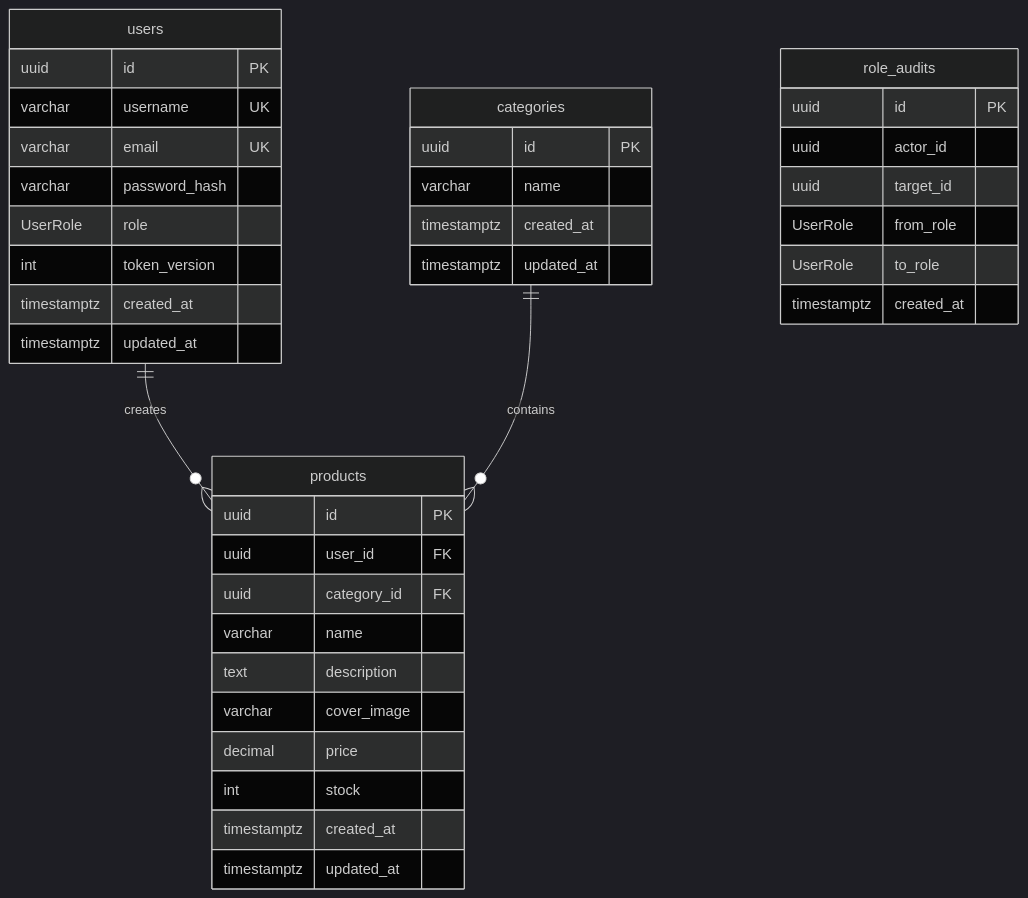
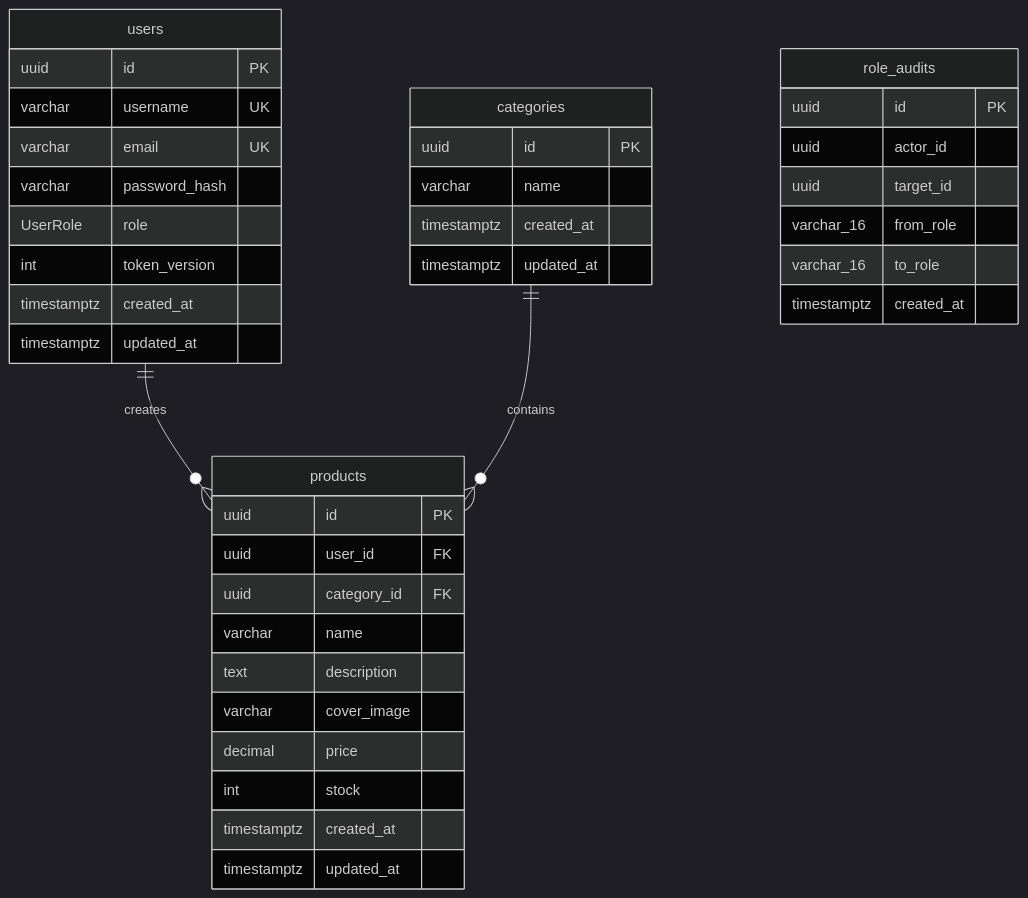
One commit to py678/ecommerce-product-system changed the diagram in docs/database.md. Above: the diagram before and after it, drawn with Mermaid (dark theme). The commit also changed other lines of this file and 30 other files, not shown here.

````diff
--- a/docs/database.md
+++ b/docs/database.md
@@ -5,41 +5,41 @@
 ```mermaid
 erDiagram
   users ||--o{ products : creates
   categories ||--o{ products : contains
   users {
     uuid id PK
     varchar username UK
     varchar email UK
     varchar password_hash
     UserRole role
     int token_version
     timestamptz created_at
     timestamptz updated_at
   }
   role_audits {
     uuid id PK
     uuid actor_id
     uuid target_id
-    UserRole from_role
-    UserRole to_role
+    varchar_16 from_role
+    varchar_16 to_role
     timestamptz created_at
   }
   categories {
     uuid id PK
     varchar name
     timestamptz created_at
     timestamptz updated_at
   }
   products {
     uuid id PK
     uuid user_id FK
     uuid category_id FK
     varchar name
     text description
     varchar cover_image
     decimal price
     int stock
     timestamptz created_at
     timestamptz updated_at
   }
 ```
````
